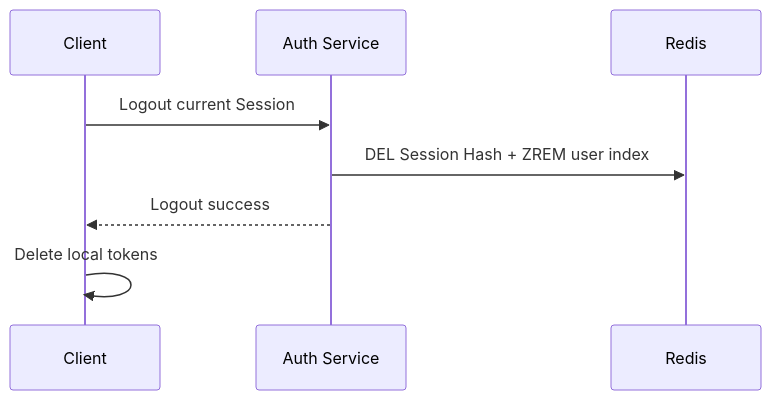
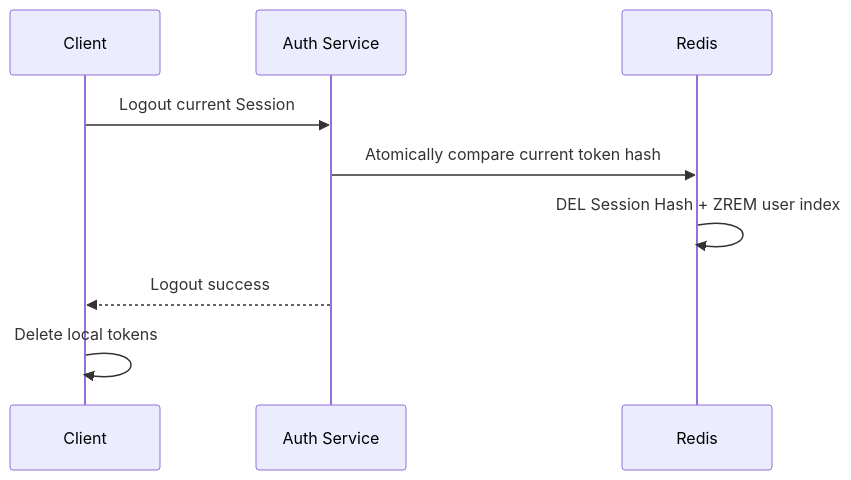
The fourth of 4 diagrams in docs/architecture/session-architecture.md (zhangguideServiceAPI/AI-Knowledge-Hub), drawn with Mermaid before and after one commit. The commit also changed other lines of this file and 24 other files, not shown here.

````diff
--- a/docs/architecture/session-architecture.md
+++ b/docs/architecture/session-architecture.md
@@ -152,10 +152,11 @@
 ```mermaid
 sequenceDiagram
     participant C as Client
     participant A as Auth Service
     participant R as Redis
     C->>A: Logout current Session
-    A->>R: DEL Session Hash + ZREM user index
+    A->>R: Atomically compare current token hash
+    R->>R: DEL Session Hash + ZREM user index
     A-->>C: Logout success
     C->>C: Delete local tokens
 ```
````
